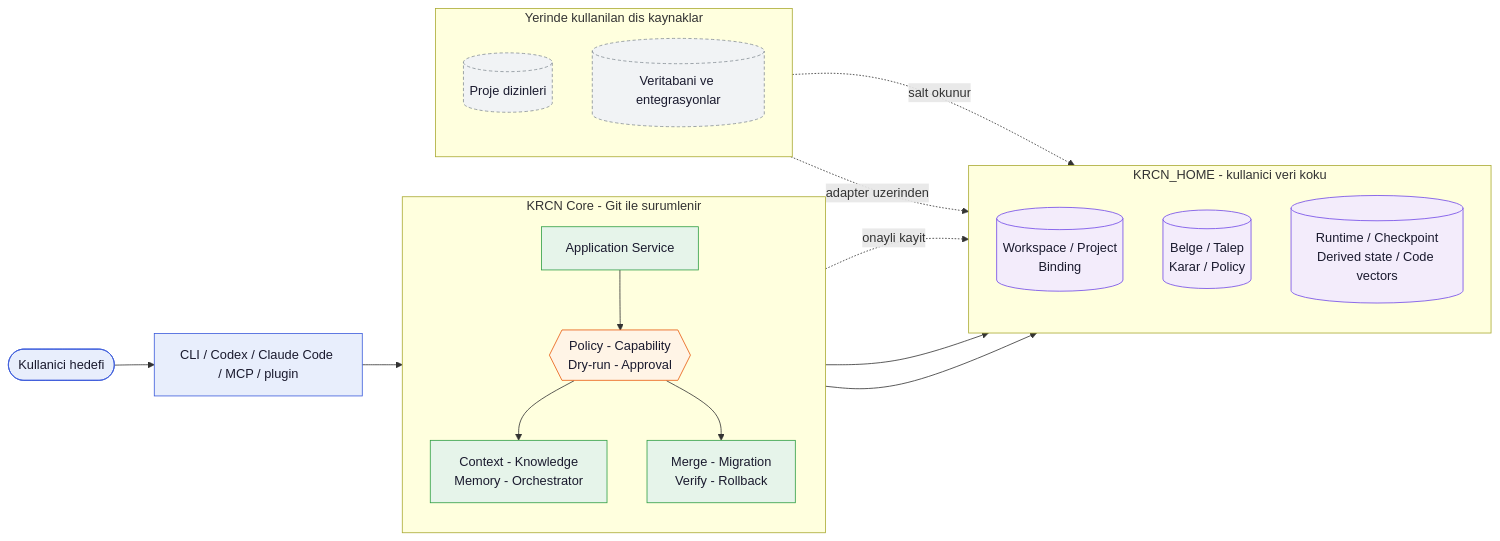
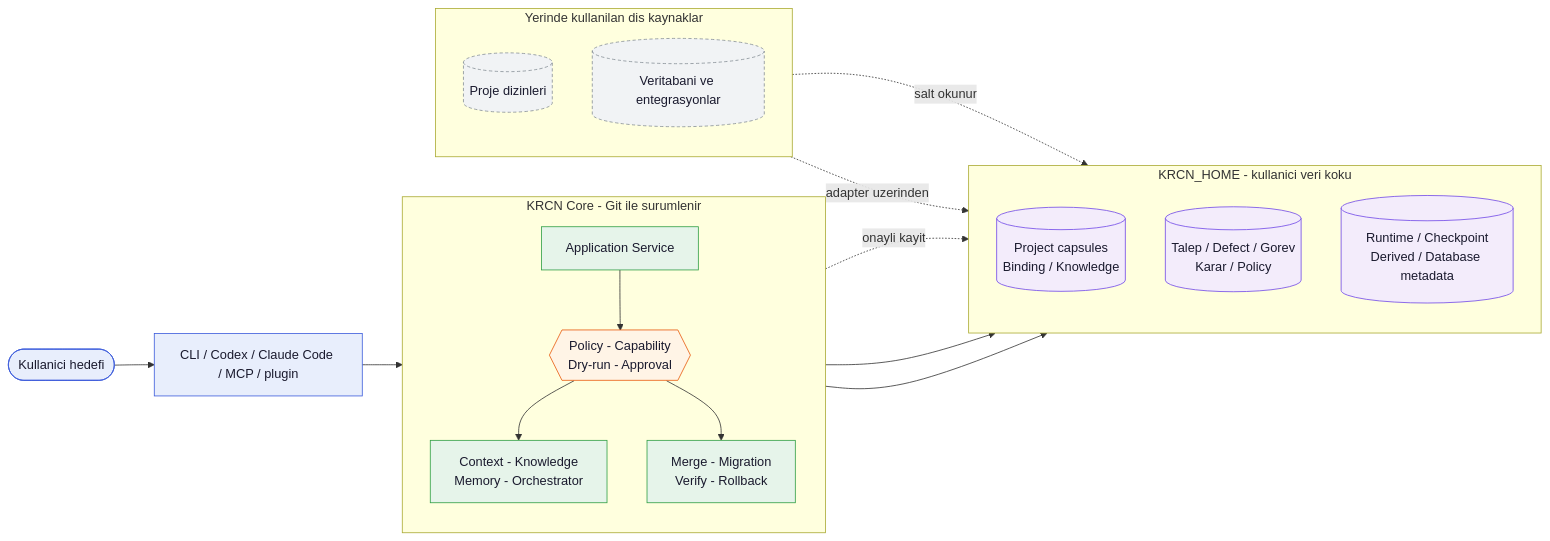
The diagram in README.md (mehmet-karacan/krcn-core), drawn with Mermaid before and after one commit. The commit also changed other lines of this file and 52 other files, not shown here.

````diff
--- a/README.md
+++ b/README.md
@@ -21,41 +21,41 @@
 ```mermaid
 flowchart LR
     classDef client fill:#e8eefc,stroke:#3b5bdb,color:#1a1a2e
     classDef service fill:#e6f4ea,stroke:#2f9e44,color:#1a1a2e
     classDef gate fill:#fff4e6,stroke:#e8590c,color:#1a1a2e
     classDef home fill:#f3ecfb,stroke:#7048e8,color:#1a1a2e
     classDef external fill:#f1f3f5,stroke:#868e96,color:#1a1a2e,stroke-dasharray: 4 3
 
     goal(["Kullanici hedefi"]):::client --> entry["CLI / Codex / Claude Code / MCP / plugin"]:::client
     entry --> svc
 
     subgraph core["KRCN Core - Git ile surumlenir"]
         direction TB
         svc["Application Service"]:::service
         gate{{"Policy - Capability<br/>Dry-run - Approval"}}:::gate
         engine["Context - Knowledge<br/>Memory - Orchestrator"]:::service
         merge["Merge - Migration<br/>Verify - Rollback"]:::service
         svc --> gate
         gate --> engine
         gate --> merge
     end
 
     subgraph home["KRCN_HOME - kullanici veri koku"]
         direction TB
-        proj[("Workspace / Project<br/>Binding")]:::home
-        data[("Belge / Talep<br/>Karar / Policy")]:::home
-        state[("Runtime / Checkpoint<br/>Derived state / Code vectors")]:::home
+        proj[("Project capsules<br/>Binding / Knowledge")]:::home
+        data[("Talep / Defect / Gorev<br/>Karar / Policy")]:::home
+        state[("Runtime / Checkpoint<br/>Derived / Database metadata")]:::home
     end
 
     subgraph ext["Yerinde kullanilan dis kaynaklar"]
         direction TB
         src[("Proje dizinleri")]:::external
         db[("Veritabani ve entegrasyonlar")]:::external
     end
 
     gate -. "onayli kayit" .-> proj
     engine --> data
     engine --> state
     src -. "salt okunur" .-> proj
     db -. "adapter uzerinden" .-> proj
 ```
````
